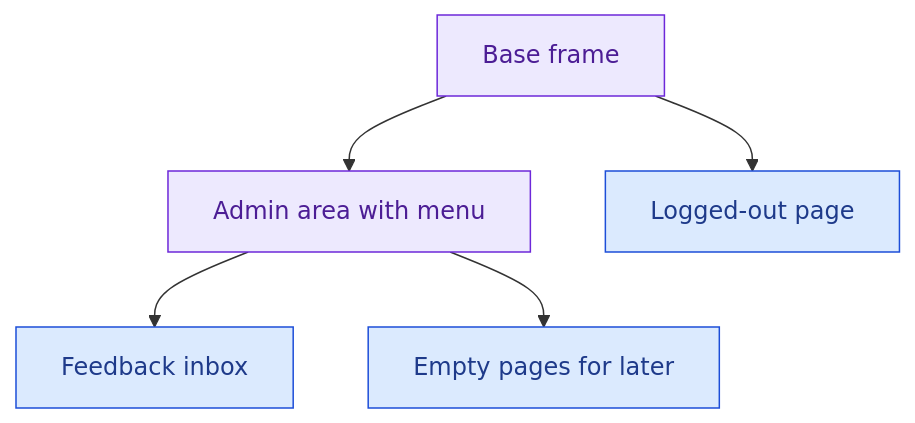
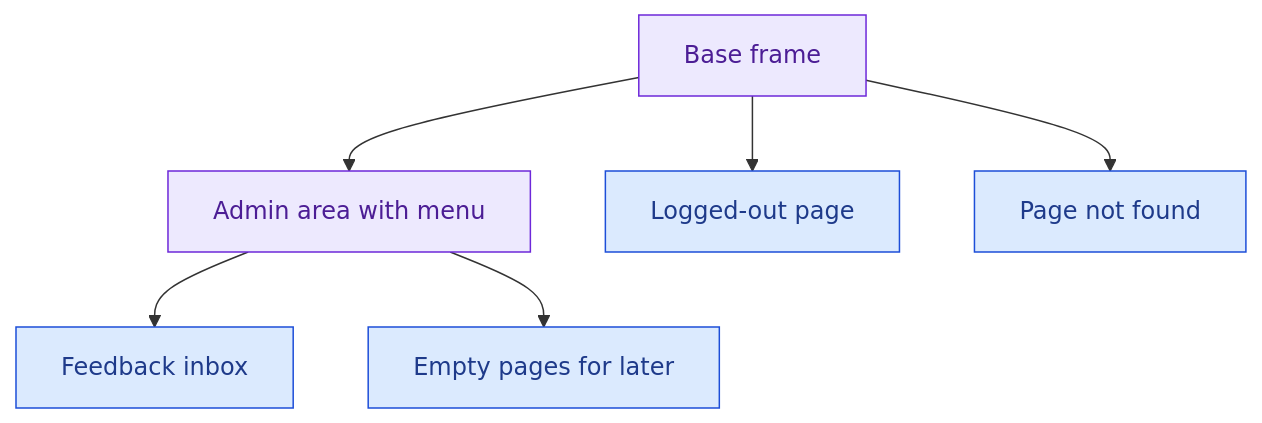
The second of 13 diagrams in apps/admin/docs/architecture.md (AlberteViendahl/feedback), drawn with Mermaid before and after one commit. The commit also changed other lines of this file and 1 other file, not shown here.

Commit message:
Updates to architecture and previous specs

````diff
--- a/apps/admin/docs/architecture.md
+++ b/apps/admin/docs/architecture.md
@@ -46,19 +46,21 @@
 ```mermaid
 flowchart TD
   Base["Base frame"]:::layout
   Admin["Admin area with menu"]:::layout
   Inbox["Feedback inbox"]:::page
   Empty["Empty pages for later"]:::page
   Out["Logged-out page"]:::page
+  Missing["Page not found"]:::page
 
   Base --> Admin
   Base --> Out
+  Base --> Missing
   Admin --> Inbox
   Admin --> Empty
 
   classDef page fill:#DBEAFE,stroke:#1D4ED8,color:#1E3A8A
   classDef layout fill:#EDE9FE,stroke:#6D28D9,color:#4C1D95
   classDef component fill:#DCFCE7,stroke:#15803D,color:#14532D
   classDef store fill:#FFEDD5,stroke:#C2410C,color:#7C2D12
   classDef mock fill:#F3F4F6,stroke:#4B5563,color:#1F2937,stroke-dasharray:4 3
 ```
````
